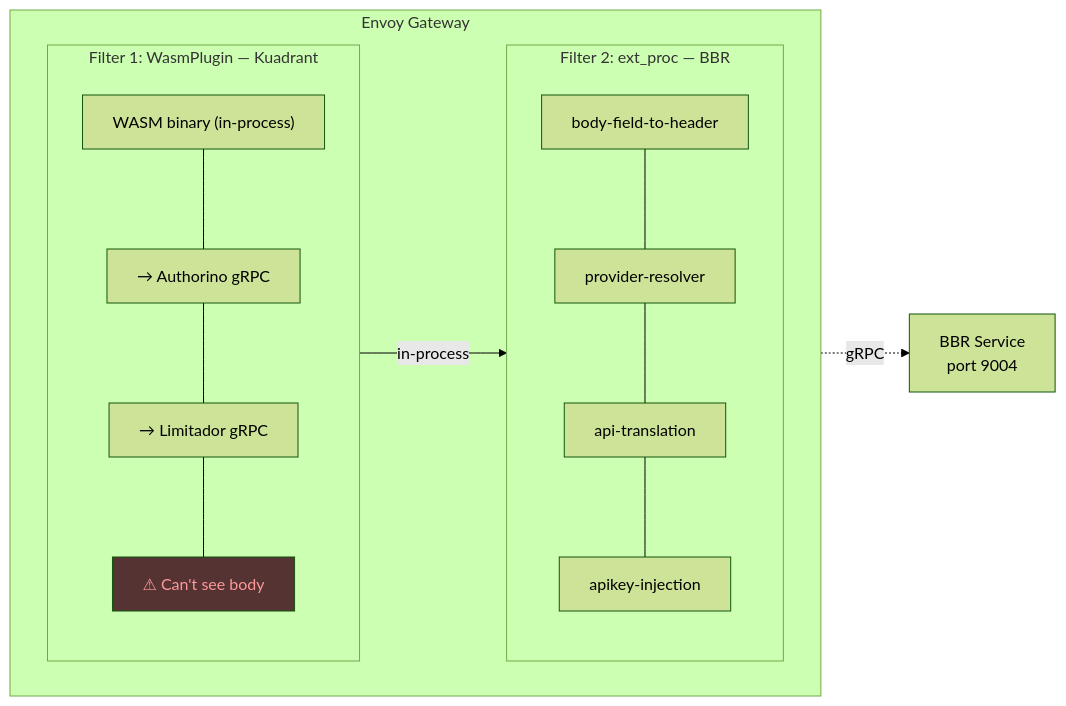
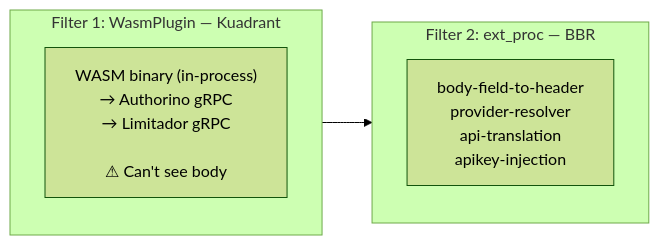
One commit to noyitz/maas-designs changed the second of 11 diagrams in unified-gateway-bbr-proposal/proposal.md. Above: the diagram before and after it, drawn with Mermaid (forest theme). The commit also changed other lines of this file, not shown here.

Commit message:
Simplify all diagrams: compact single-node per filter, remove arrow labels, eliminate dead space

````diff
--- a/unified-gateway-bbr-proposal/proposal.md
+++ b/unified-gateway-bbr-proposal/proposal.md
@@ -135,26 +119,10 @@
 ```mermaid
 graph LR
-    subgraph envoy["Envoy Gateway"]
-        direction LR
-        subgraph filter1["Filter 1: WasmPlugin — Kuadrant"]
-            direction TB
-            W1["WASM binary (in-process)"]
-            W2["→ Authorino gRPC"]
-            W3["→ Limitador gRPC"]
-            W4["⚠ Can't see body"]
-            W1 --- W2 --- W3 --- W4
-        end
-        subgraph filter2["Filter 2: ext_proc — BBR"]
-            direction TB
-            B1["body-field-to-header"]
-            B2["provider-resolver"]
-            B3["api-translation"]
-            B4["apikey-injection"]
-            B1 --- B2 --- B3 --- B4
-        end
-        filter1 -->|in-process| filter2
+    subgraph f1["Filter 1: WasmPlugin — Kuadrant"]
+        A["WASM binary (in-process)<br/>→ Authorino gRPC<br/>→ Limitador gRPC<br/><br/>⚠ Can't see body"]
     end
-    filter2 -.->|gRPC| ExtBBR["BBR Service<br/>port 9004"]
-
-    style W4 fill:#553333,color:#ff9999
+    subgraph f2["Filter 2: ext_proc — BBR"]
+        B["body-field-to-header<br/>provider-resolver<br/>api-translation<br/>apikey-injection"]
+    end
+    f1 --> f2
 ```
````
